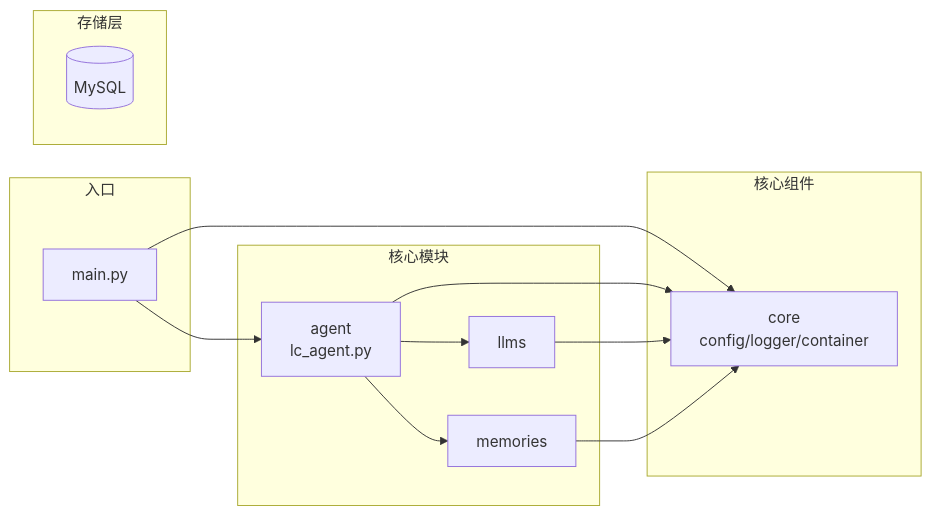
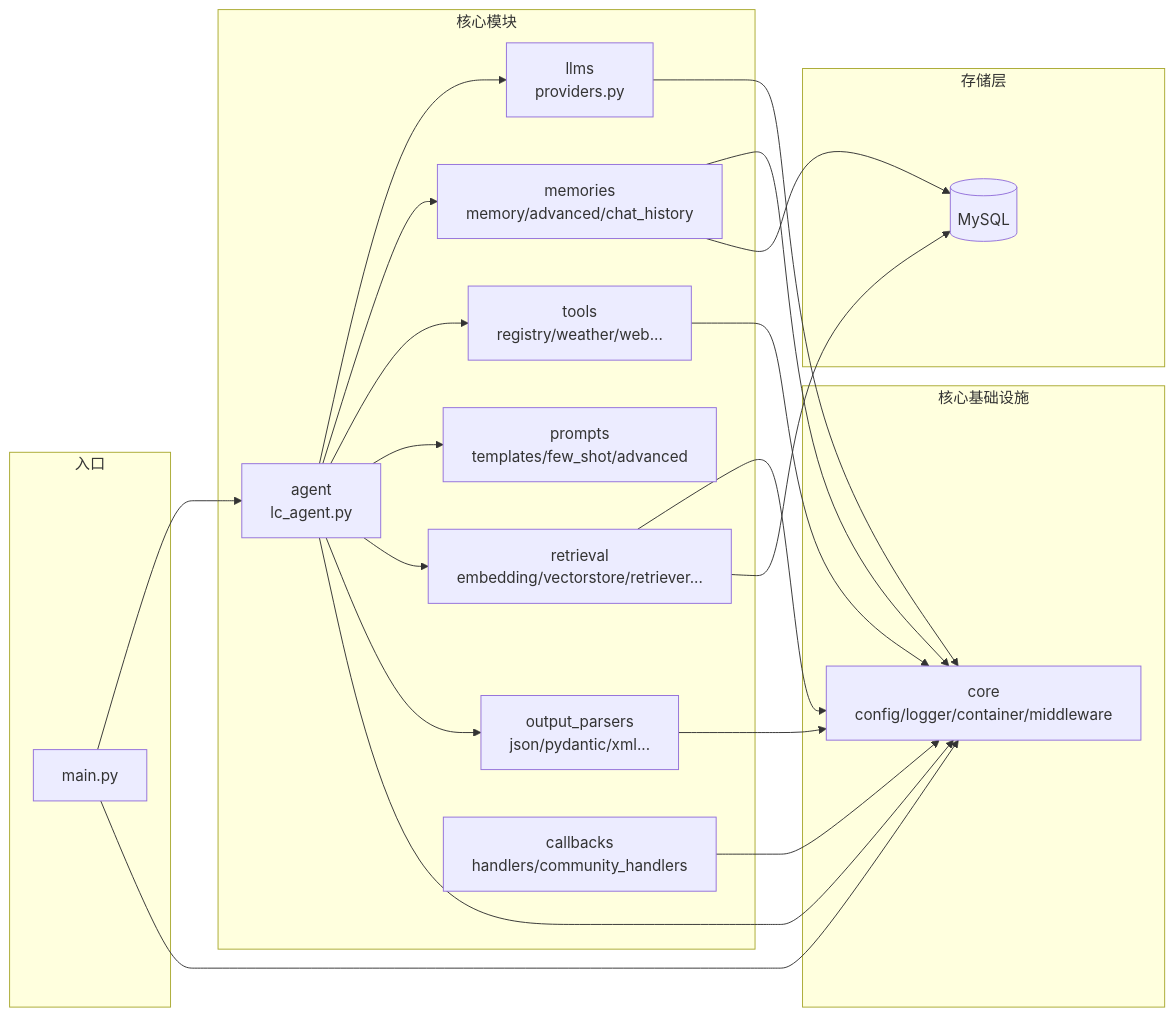
One commit to chain-engine/x-langchain changed the third of 3 diagrams in README.md. Above: the diagram before and after it, drawn with Mermaid. The commit also changed other lines of this file and 12 other files, not shown here.

Commit message:
feat: add advanced memory and community handlers

````diff
--- a/README.md
+++ b/README.md
@@ -319,28 +294,34 @@
 ```mermaid
 graph LR
     subgraph 入口
         M[main.py]
     end
 
-    subgraph 核心组件
-        CC[core<br/>config/logger/container]
+    subgraph 核心基础设施
+        CC[core<br/>config/logger/container/middleware]
     end
 
     subgraph 核心模块
         AG[agent<br/>lc_agent.py]
-        LL[llms]
-        MM[memories]
+        LL[llms<br/>providers.py]
+        MM[memories<br/>memory/advanced/chat_history]
+        TL[tools<br/>registry/weather/web...]
+        PR[prompts<br/>templates/few_shot/advanced]
+        RT[retrieval<br/>embedding/vectorstore/retriever...]
+        OP[output_parsers<br/>json/pydantic/xml...]
+        CB[callbacks<br/>handlers/community_handlers]
     end
 
     subgraph 存储层
         DB[(MySQL)]
     end
 
-    M --> AG
-    M --> CC
-    AG --> LL
-    AG --> MM
-    AG --> CC
+    M --> AG & CC
+    AG --> LL & MM & TL & PR & RT & OP & CC
     LL --> CC
-    MM --> CC
+    MM --> CC & DB
+    TL --> CC
+    RT --> CC & DB
+    OP --> CC
+    CB --> CC
 ```
````
